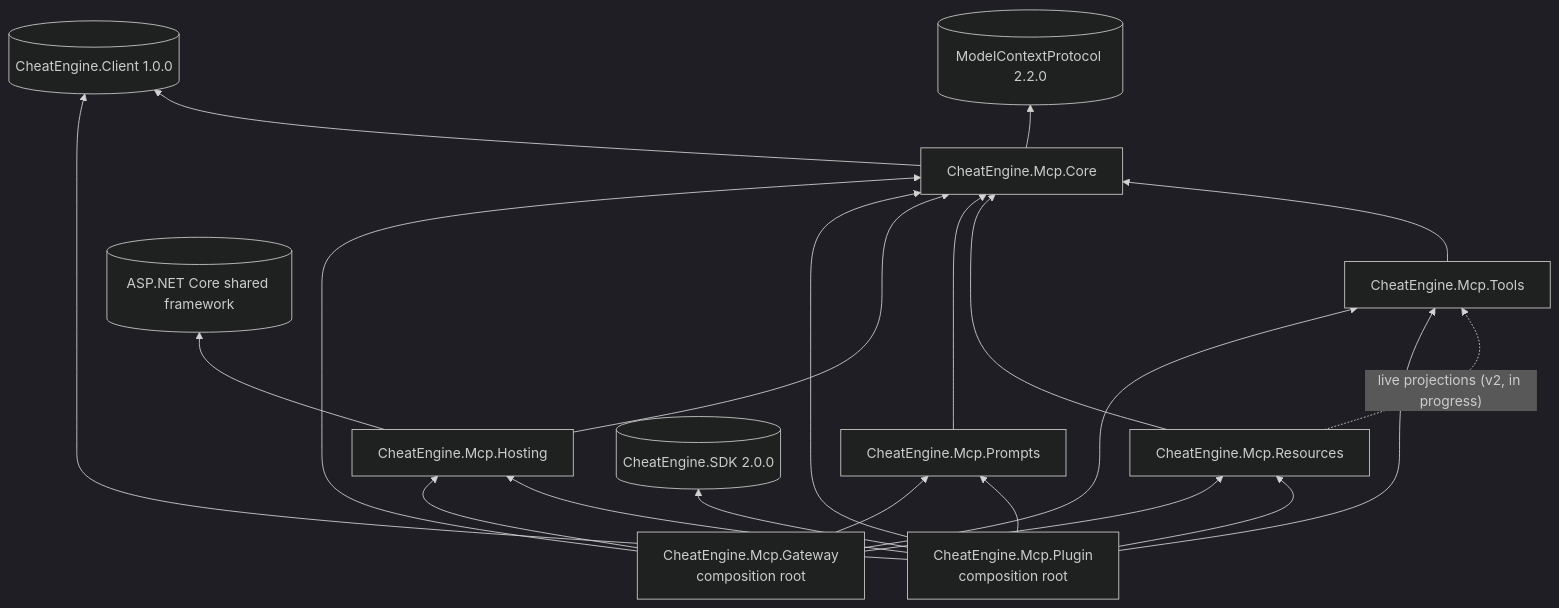
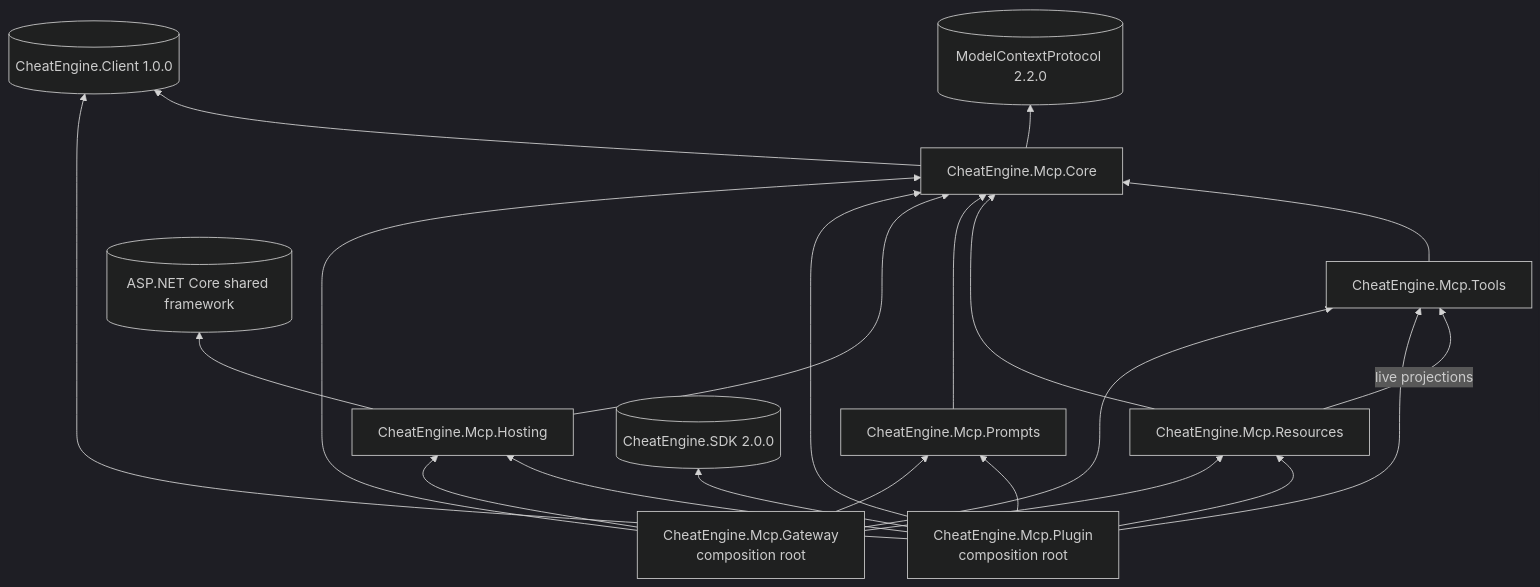
One commit to CheatEngineNet/CheatEngine.Mcp changed the first of 7 diagrams in docs/architecture.md. Above: the diagram before and after it, drawn with Mermaid (dark theme). The commit also changed other lines of this file and 385 other files, not shown here.

````diff
--- a/docs/architecture.md
+++ b/docs/architecture.md
@@ -41,27 +42,27 @@
 ```mermaid
 flowchart BT
     core["CheatEngine.Mcp.Core"]
     tools["CheatEngine.Mcp.Tools"]
     resources["CheatEngine.Mcp.Resources"]
     prompts["CheatEngine.Mcp.Prompts"]
     hosting["CheatEngine.Mcp.Hosting"]
     plugin["CheatEngine.Mcp.Plugin<br/>composition root"]
     gateway["CheatEngine.Mcp.Gateway<br/>composition root"]
     client[("CheatEngine.Client 1.0.0")]
     sdk[("CheatEngine.SDK 2.0.0")]
     mcp[("ModelContextProtocol 2.2.0")]
     aspnet[("ASP.NET Core shared framework")]
 
     tools --> core
     resources --> core
     prompts --> core
     hosting --> core
-    resources -.->|"live projections (v2, in progress)"| tools
+    resources -->|"live projections"| tools
     plugin --> core & hosting & tools & resources & prompts
     gateway --> core & hosting & tools & resources & prompts
     core --> client
     core --> mcp
     hosting --> aspnet
     plugin --> client
     plugin --> sdk
 ```
````
